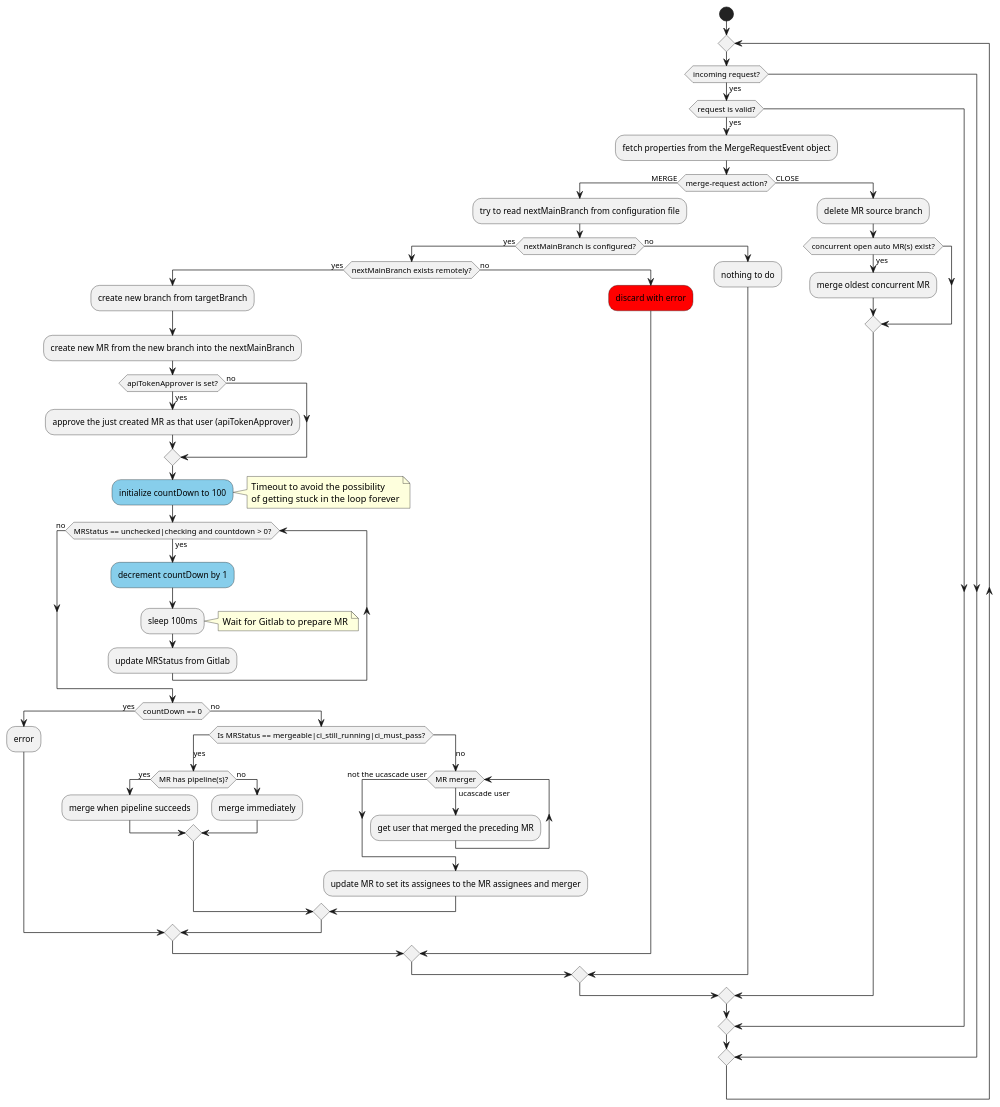
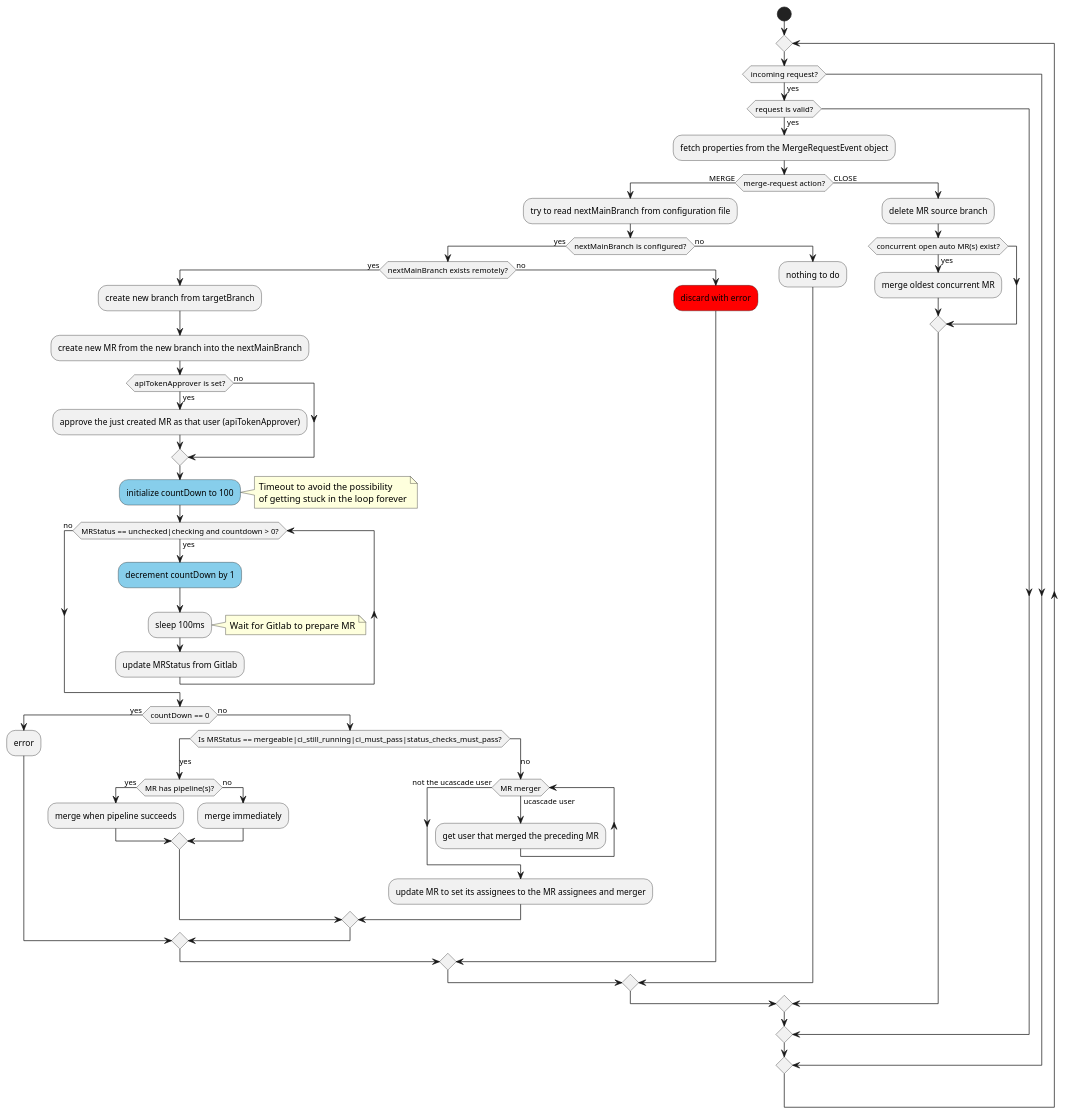
One commit to unblu/ucascade changed the diagram in _documentation/src/docs/diagrams/technical-workflow.puml. Above: the diagram before and after it, drawn with PlantUML. The commit also changed 1 other file, not shown here.

Commit message:
retry merge if the MR status is status_checks_must_pass (#23)

```diff
--- a/_documentation/src/docs/diagrams/technical-workflow.puml
+++ b/_documentation/src/docs/diagrams/technical-workflow.puml
@@ -1,60 +1,60 @@
 @startuml technical-workflow
 start
 repeat
 if (incoming request?) then (yes)
     if (request is valid?) then (yes)
         :fetch properties from the MergeRequestEvent object;
         if (merge-request action?) then (MERGE)
             :try to read nextMainBranch from configuration file;
             if (nextMainBranch is configured?) then (yes)
                 if (nextMainBranch exists remotely?) then (yes)
                     :create new branch from targetBranch;
                     :create new MR from the new branch into the nextMainBranch;
                     if (apiTokenApprover is set?) then (yes)
                         :approve the just created MR as that user (apiTokenApprover);
                     else (no)
                     endif
                     #SkyBlue:initialize countDown to 100;
                     note right 
                         Timeout to avoid the possibility
                         of getting stuck in the loop forever
                     end note
                     while(MRStatus == unchecked|checking and countdown > 0?) is (yes)
                         #SkyBlue:decrement countDown by 1;
                         :sleep 100ms;
                         note right: Wait for Gitlab to prepare MR
                         :update MRStatus from Gitlab;
                     endwhile (no)
                     if (countDown == 0) then (yes) 
                         :error;
                     else (no)
-                        switch(Is MRStatus == mergeable|ci_still_running|ci_must_pass?)
+                        switch(Is MRStatus == mergeable|ci_still_running|ci_must_pass|status_checks_must_pass?)
                         case (yes)
                             if (MR has pipeline(s)?) then (yes)
                                 :merge when pipeline succeeds;
                             else (no)
                                 :merge immediately;
                             endif
                         case (no)
                             while(MR merger) is (ucascade user)
                                 :get user that merged the preceding MR;
                             endwhile (not the ucascade user)
                             :update MR to set its assignees to the MR assignees and merger;
                         endswitch
                     endif
                 else (no)
                     #red:discard with error;
                 endif
                 else (no)
                     :nothing to do;
             endif
         else (CLOSE)
             :delete MR source branch;
             if (concurrent open auto MR(s) exist?) then (yes)
                 :merge oldest concurrent MR;
             endif
         endif
     endif
 endif
 repeat while
 @enduml
```
